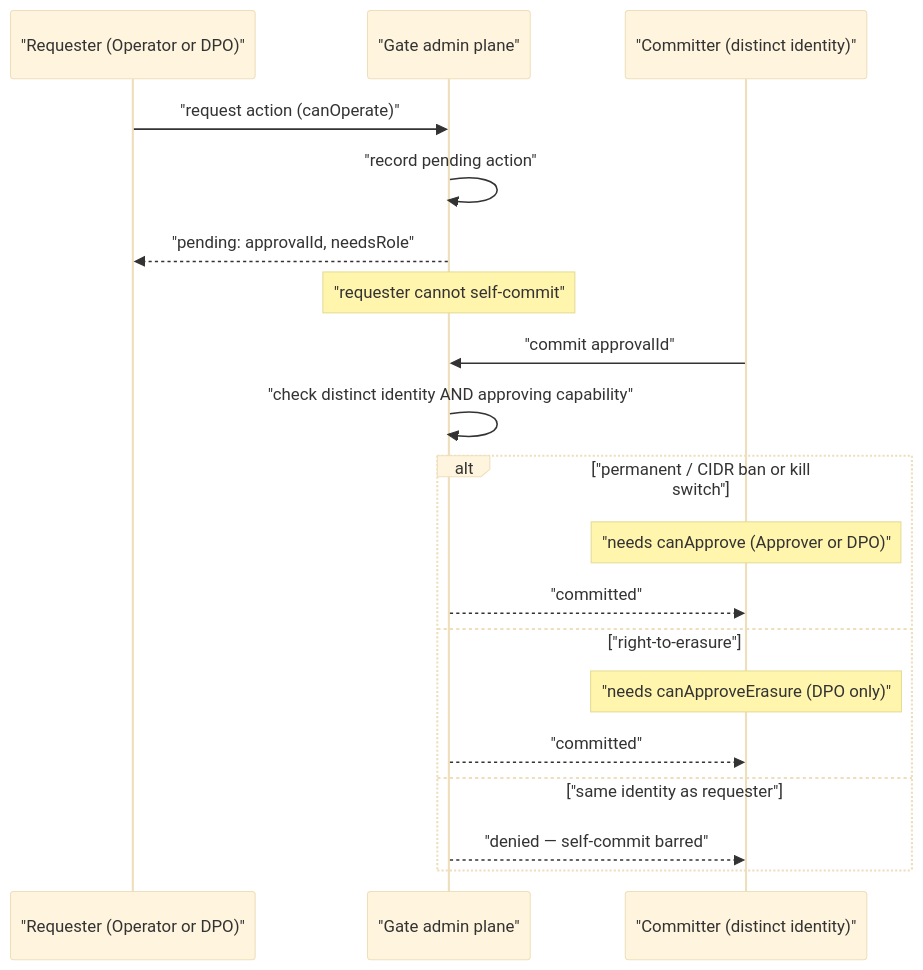
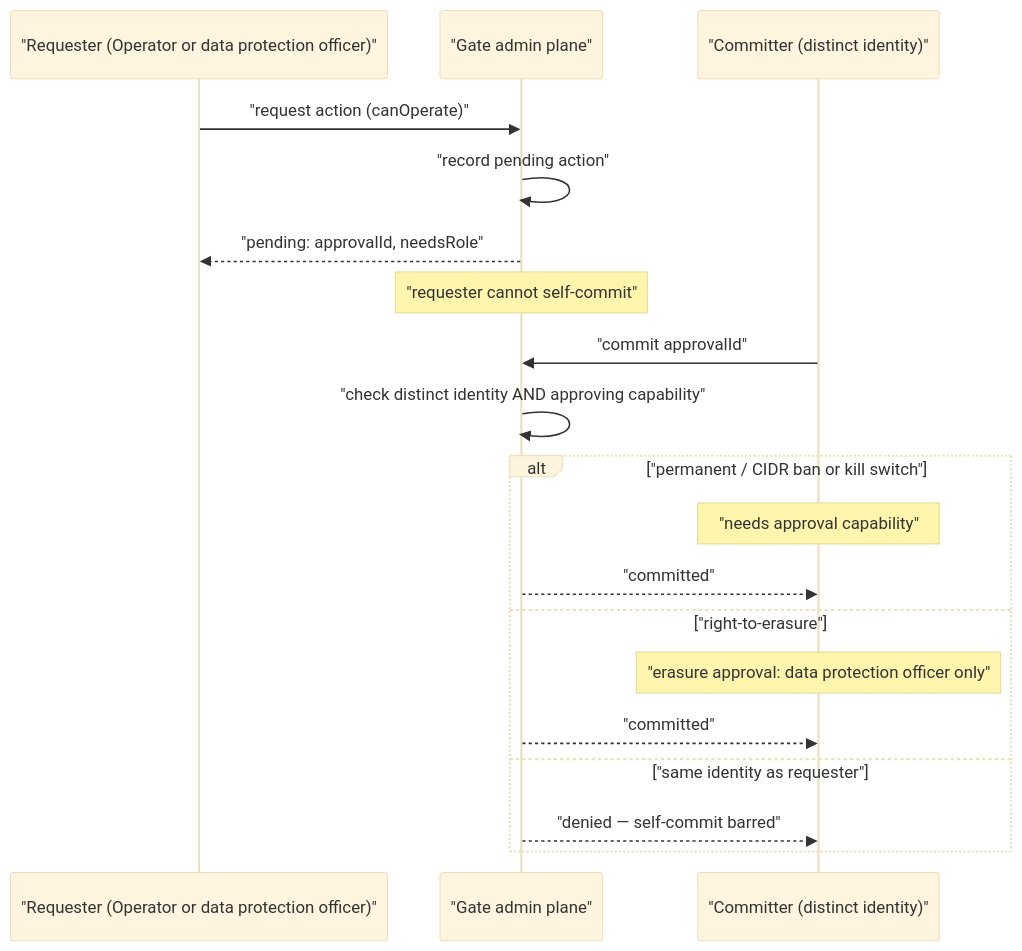
Before and after one commit to modootoday/humanymous: the diagram in docs/reference/rbac-separation-of-duties.md, drawn with Mermaid (base theme). The commit also changed other lines of this file and 62 other files, not shown here.

````diff
--- a/docs/reference/rbac-separation-of-duties.md
+++ b/docs/reference/rbac-separation-of-duties.md
@@ -71,21 +71,21 @@
 ```mermaid
 sequenceDiagram
-  participant R as "Requester (Operator or DPO)"
+  participant R as "Requester (Operator or data protection officer)"
   participant G as "Gate admin plane"
   participant C as "Committer (distinct identity)"
   R->>G: "request action (canOperate)"
   G->>G: "record pending action"
   G-->>R: "pending: approvalId, needsRole"
   Note over G: "requester cannot self-commit"
   C->>G: "commit approvalId"
   G->>G: "check distinct identity AND approving capability"
   alt "permanent / CIDR ban or kill switch"
-    Note over C: "needs canApprove (Approver or DPO)"
+    Note over C: "needs approval capability"
     G-->>C: "committed"
   else "right-to-erasure"
-    Note over C: "needs canApproveErasure (DPO only)"
+    Note over C: "erasure approval: data protection officer only"
     G-->>C: "committed"
   else "same identity as requester"
     G-->>C: "denied — self-commit barred"
   end
 ```
````
